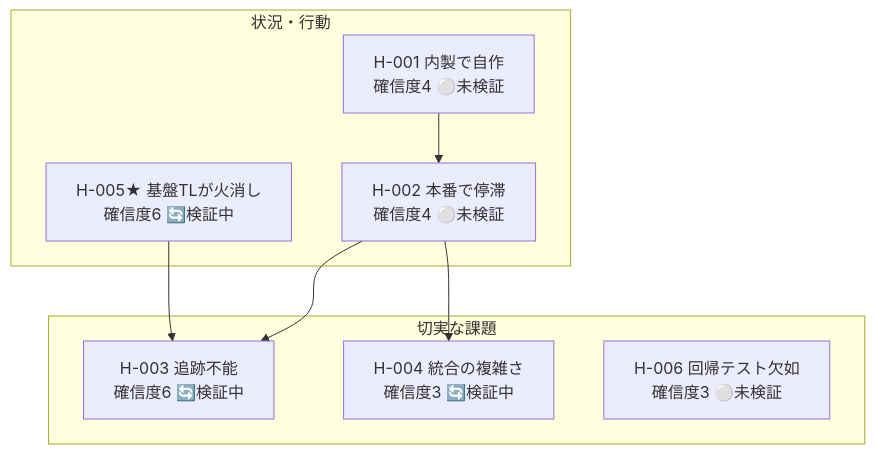
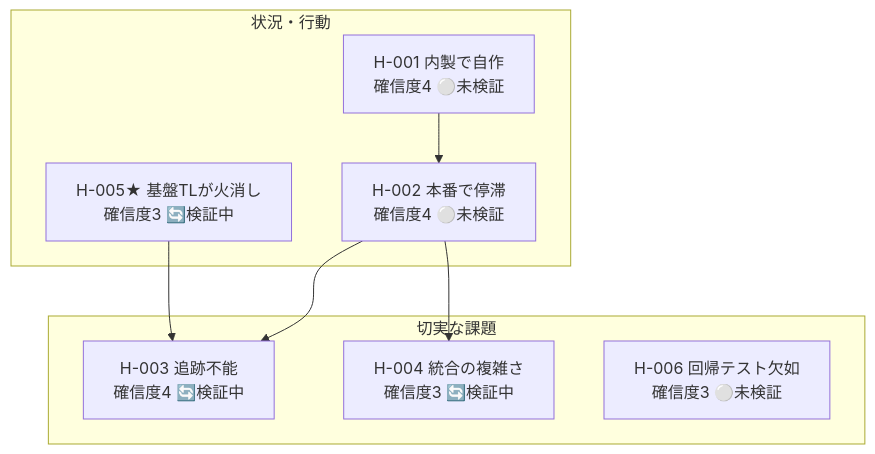
One commit to haru01/hypothesis-wiki changed the diagram in projects/agent-platform/wiki/views/hypotheses-list.md. Above: the diagram before and after it, drawn with Mermaid. The commit also changed other lines of this file and 12 other files, not shown here.

````diff
--- a/projects/agent-platform/wiki/views/hypotheses-list.md
+++ b/projects/agent-platform/wiki/views/hypotheses-list.md
@@ -10,17 +10,17 @@
 ```mermaid
 flowchart TB
     subgraph beh["状況・行動"]
       AGP_H_001["H-001 内製で自作<br/>確信度4 ⚪未検証"]
       AGP_H_002["H-002 本番で停滞<br/>確信度4 ⚪未検証"]
-      AGP_H_005["H-005★ 基盤TLが火消し<br/>確信度6 🔄検証中"]
+      AGP_H_005["H-005★ 基盤TLが火消し<br/>確信度3 🔄検証中"]
     end
     subgraph prob["切実な課題"]
-      AGP_H_003["H-003 追跡不能<br/>確信度6 🔄検証中"]
+      AGP_H_003["H-003 追跡不能<br/>確信度4 🔄検証中"]
       AGP_H_004["H-004 統合の複雑さ<br/>確信度3 🔄検証中"]
       AGP_H_006["H-006 回帰テスト欠如<br/>確信度3 ⚪未検証"]
     end
     AGP_H_001 --> AGP_H_002
     AGP_H_002 --> AGP_H_003
     AGP_H_002 --> AGP_H_004
     AGP_H_005 --> AGP_H_003
 ```
````
